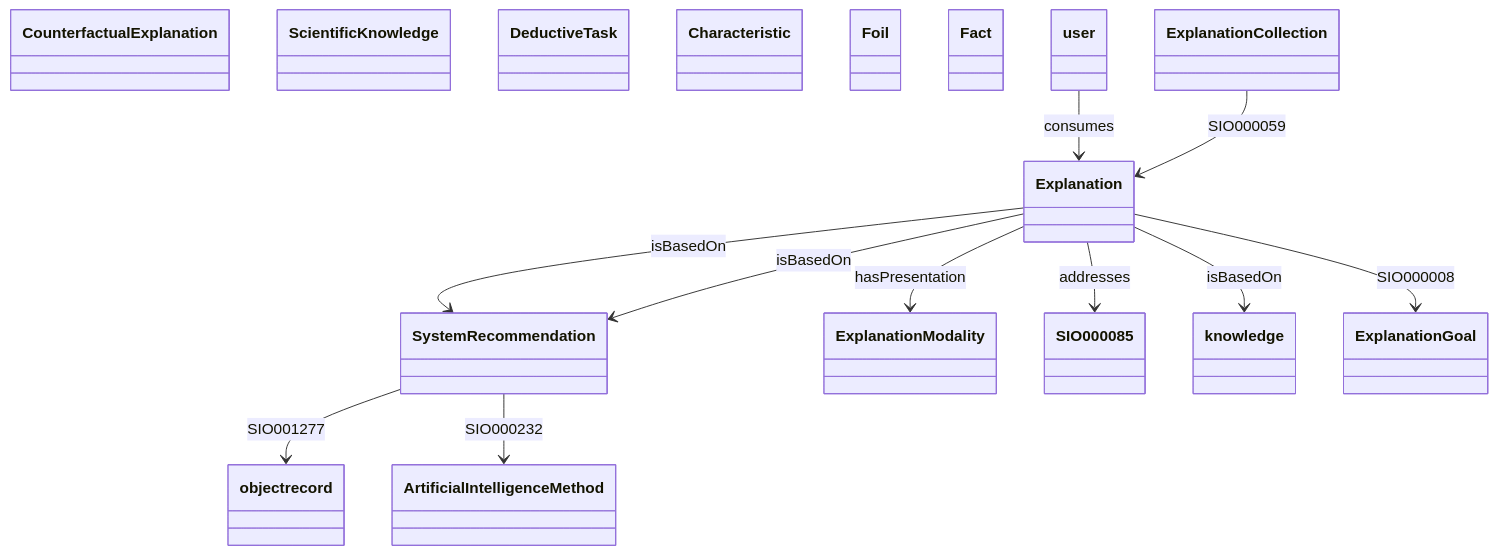
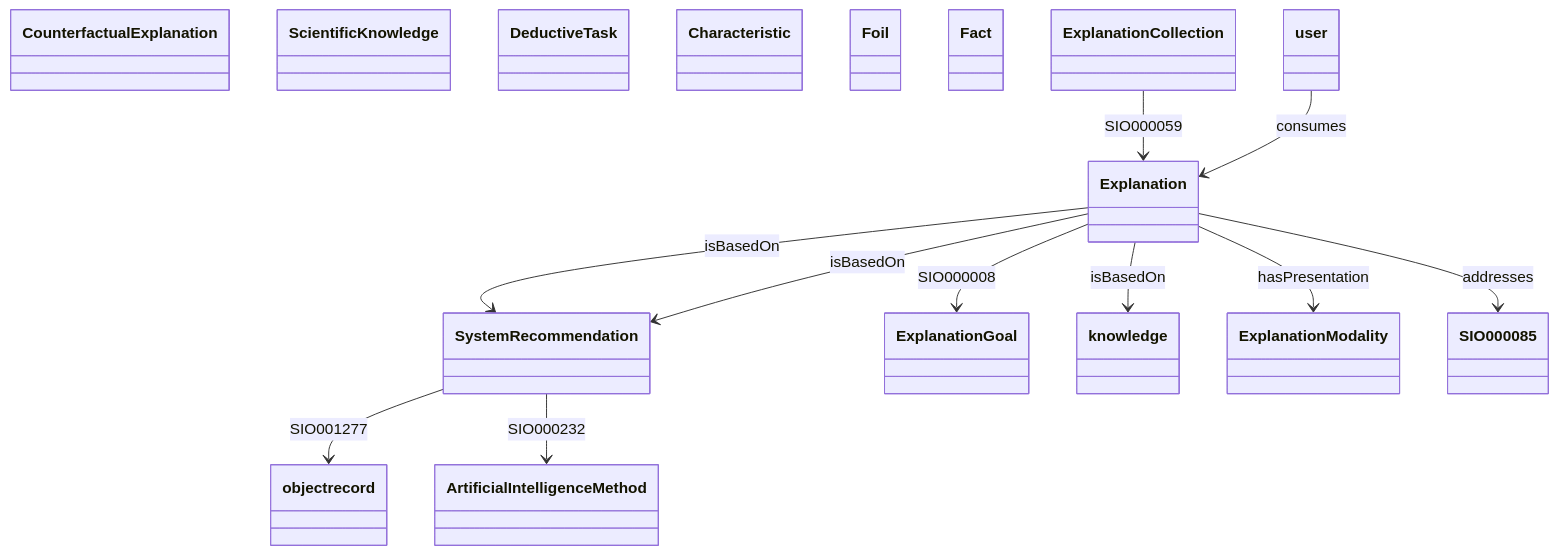
The diagram in output/ieswc_leng/explanation-ontology.owl-leng-10.md (oeg-upm/Devos), drawn with Mermaid before and after one commit. The commit also changed other lines of this file and 52 other files, not shown here.

````diff
--- a/output/ieswc_leng/explanation-ontology.owl-leng-10.md
+++ b/output/ieswc_leng/explanation-ontology.owl-leng-10.md
@@ -1,59 +1,59 @@
 ```mermaid
 	classDiagram
 
     
     class Explanation {
     
     }
 
     class SystemRecommendation {
     
     }
 
     class CounterfactualExplanation {
     
     }
 
     class ScientificKnowledge {
     
     }
 
     class DeductiveTask {
     
     }
 
     class Characteristic {
     
     }
 
     class Foil {
     
     }
 
     class Fact {
     
     }
 
 
 
-user  --> Explanation   :consumes  
+Explanation  --> ExplanationGoal   :SIO000008  
+
+ExplanationCollection  --> Explanation   :SIO000059  
+
+SystemRecommendation  --> objectrecord   :SIO001277  
 
 Explanation  --> SystemRecommendation   :isBasedOn  
 
-Explanation  --> SystemRecommendation   :isBasedOn  
+Explanation  --> knowledge   :isBasedOn  
+
+SystemRecommendation  --> ArtificialIntelligenceMethod   :SIO000232  
+
+user  --> Explanation   :consumes  
 
 Explanation  --> ExplanationModality   :hasPresentation  
 
-ExplanationCollection  --> Explanation   :SIO000059  
-
 Explanation  --> SIO000085   :addresses  
 
-SystemRecommendation  --> objectrecord   :SIO001277  
-
-Explanation  --> knowledge   :isBasedOn  
-
-Explanation  --> ExplanationGoal   :SIO000008  
-
-SystemRecommendation  --> ArtificialIntelligenceMethod   :SIO000232  
+Explanation  --> SystemRecommendation   :isBasedOn  
 
 ```
````
